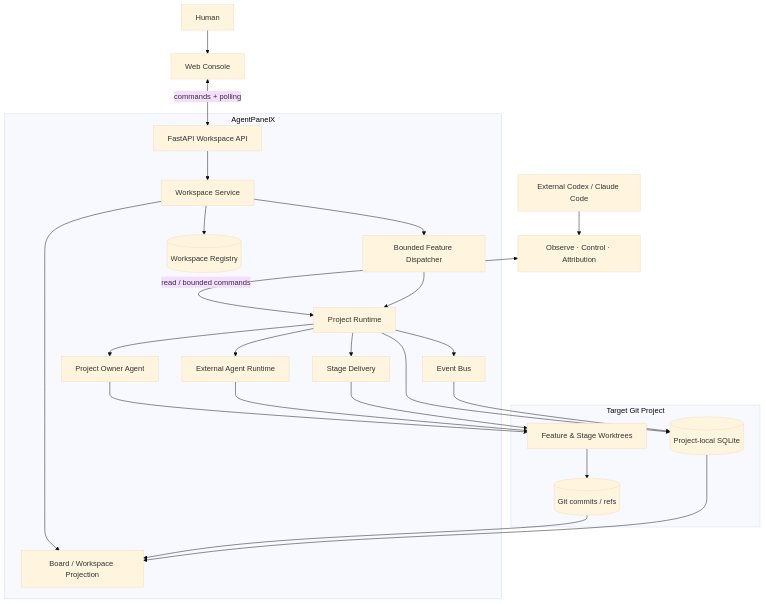
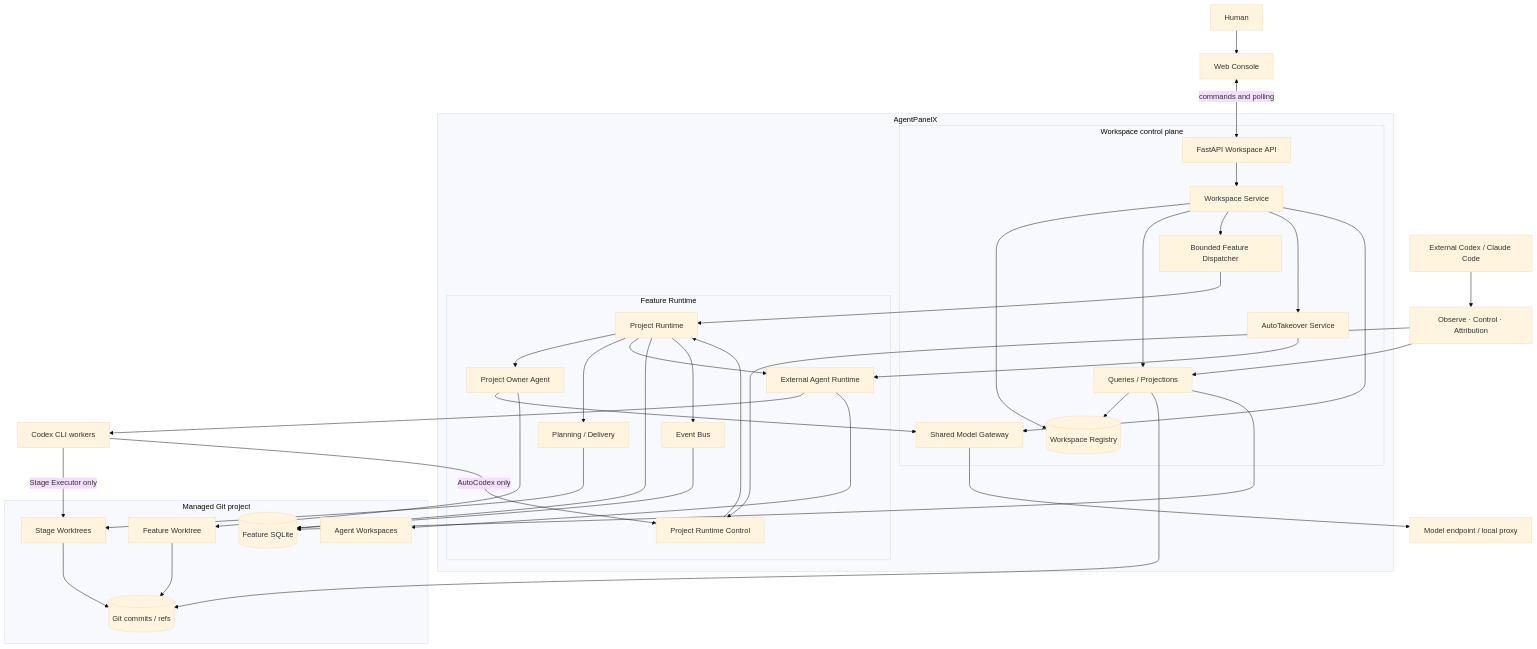
One commit to aowo-1345/AgentPanelX changed the first of 12 diagrams in docs/architecture.md. Above: the diagram before and after it, drawn with Mermaid (base theme). The commit also changed other lines of this file and 2 other files, not shown here.

Commit message:
docs: align system context with v0.2 runtime

````diff
--- a/docs/architecture.md
+++ b/docs/architecture.md
@@ -16,48 +16,77 @@
 ```mermaid
 flowchart TB
     Human[Human]
     Browser[Web Console]
     External[External Codex / Claude Code]
     Skills[Observe · Control · Attribution]
+    Provider[Model endpoint / local proxy]
+    CodexCLI[Codex CLI workers]
 
     subgraph APX[AgentPanelX]
-        API[FastAPI Workspace API]
-        Workspace[Workspace Service]
-        Dispatcher[Bounded Feature Dispatcher]
-        Runtime[Project Runtime]
-        Owner[Project Owner Agent]
-        Collaboration[External Agent Runtime]
-        Delivery[Stage Delivery]
-        Projection[Board / Workspace Projection]
-        Bus[Event Bus]
-        Registry[(Workspace Registry)]
+        subgraph WorkspacePlane[Workspace control plane]
+            API[FastAPI Workspace API]
+            Workspace[Workspace Service]
+            Registry[(Workspace Registry)]
+            Dispatcher[Bounded Feature Dispatcher]
+            Queries[Queries / Projections]
+            Takeover[AutoTakeover Service]
+            Gateway[Shared Model Gateway]
+        end
+
+        subgraph FeaturePlane[Feature Runtime]
+            Runtime[Project Runtime]
+            Control[Project Runtime Control]
+            Owner[Project Owner Agent]
+            Delivery[Planning / Delivery]
+            AgentRuntime[External Agent Runtime]
+            Bus[Event Bus]
+        end
     end
 
-    subgraph Project[Target Git Project]
-        Worktrees[Feature & Stage Worktrees]
+    subgraph Project[Managed Git project]
+        FeatureWT[Feature Worktree]
+        StageWT[Stage Worktrees]
+        AgentWS[Agent Workspaces]
         Git[(Git commits / refs)]
-        SQLite[(Project-local SQLite)]
+        SQLite[(Feature SQLite)]
     end
 
     Human --> Browser
-    Browser <-->|commands + polling| API
+    Browser <-->|commands and polling| API
     External --> Skills
-    Skills <-->|read / bounded commands| Runtime
+    Skills --> Queries
+    Skills --> Control
+
     API --> Workspace
     Workspace --> Registry
+    Workspace --> Queries
     Workspace --> Dispatcher
-    Workspace --> Projection
+    Workspace --> Takeover
+    Workspace --> Gateway
     Dispatcher --> Runtime
+
+    Control --> Runtime
     Runtime --> Owner
-    Runtime --> Collaboration
     Runtime --> Delivery
-    Owner --> Worktrees
-    Collaboration --> Worktrees
-    Delivery --> Worktrees
-    Worktrees --> Git
+    Runtime --> AgentRuntime
+    Takeover --> AgentRuntime
+
+    Owner --> Gateway
+    Gateway --> Provider
+    AgentRuntime --> CodexCLI
+    CodexCLI -->|AutoCodex only| Control
+
+    Owner --> FeatureWT
+    Delivery --> StageWT
+    AgentRuntime --> AgentWS
+    CodexCLI -->|Stage Executor only| StageWT
+    FeatureWT --> Git
+    StageWT --> Git
+
     Runtime --> SQLite
     Runtime --> Bus
     Bus --> SQLite
-    Git --> Projection
-    SQLite --> Projection
+    Queries --> Registry
+    Queries --> Git
+    Queries --> SQLite
 ```
````
